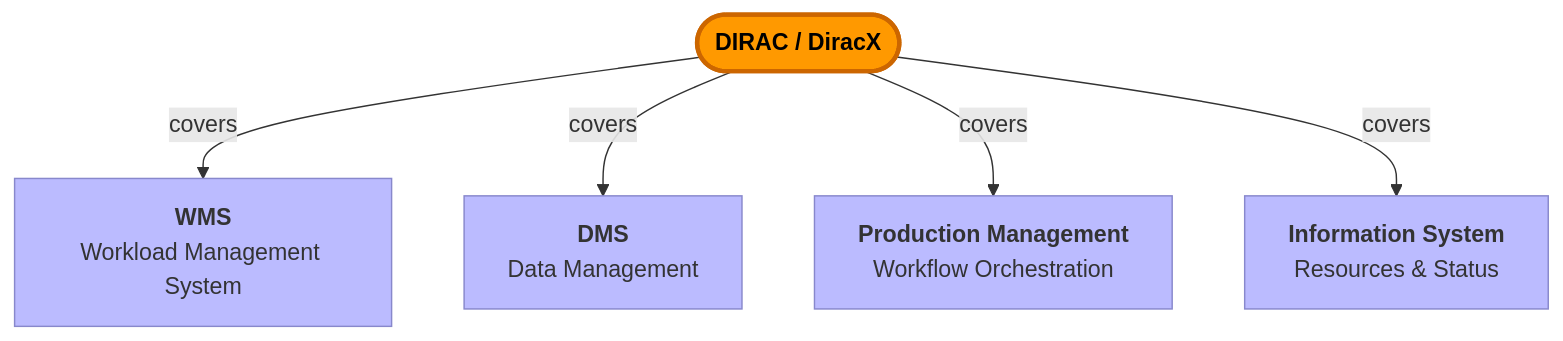
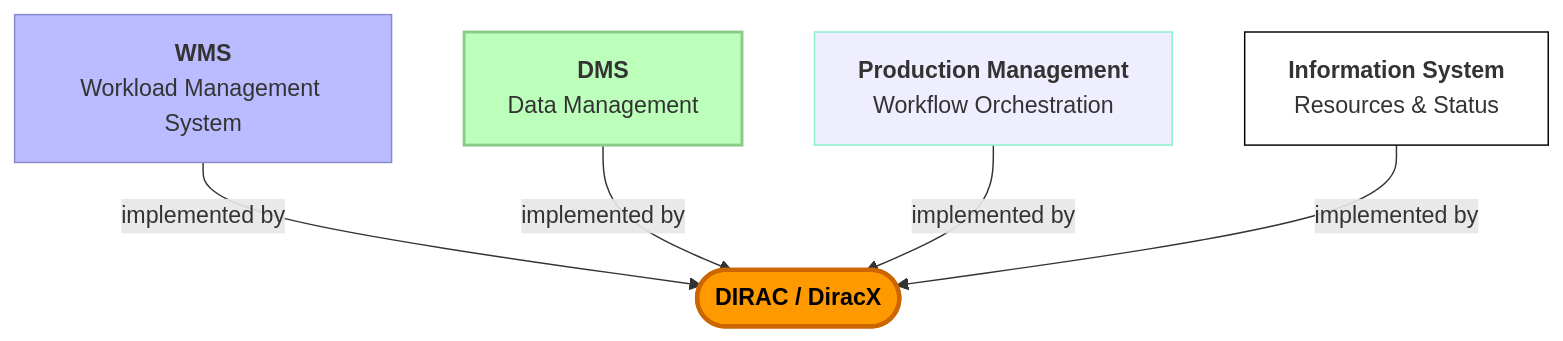
Before and after one commit to fstagni/2026_FermiLab_retreat: the third of 10 diagrams in slides.md, drawn with Mermaid. The commit also changed other lines of this file and 2 other files, not shown here.

````diff
--- a/slides.md
+++ b/slides.md
@@ -37,24 +92,26 @@
 ```mermaid
 %%{init: { 'theme': 'default' }}%%
 flowchart TD
     WMS["`**WMS**
     Workload Management System`"]
     DMS["`**DMS**
     Data Management`"]
     PROD["`**Production Management**
     Workflow Orchestration`"]
     IS["`**Information System**
     Resources & Status`"]
+
+    style WMS fill:#bbf,stroke:#88c
+    style DMS fill:#bfb,stroke:#8c8,stroke-width:2px
+    style PROD fill:#eef,stroke:#8ec
+    style IS fill:#fff,stroke:#000
+
     DIRAC(["`**DIRAC / DiracX**`"])
 
     style DIRAC fill:#f90,color:#000,stroke:#c60,stroke-width:3px
-    style WMS fill:#bbf,stroke:#88c
-    style DMS fill:#bbf,stroke:#88c
-    style PROD fill:#bbf,stroke:#88c
-    style IS fill:#bbf,stroke:#88c
 
-    DIRAC -->|covers| WMS
-    DIRAC -->|covers| DMS
-    DIRAC -->|covers| PROD
-    DIRAC -->|covers| IS
+    WMS -->|implemented by| DIRAC
+    DMS -->|implemented by| DIRAC
+    PROD -->|implemented by| DIRAC
+    IS -->|implemented by| DIRAC
 ```
````
